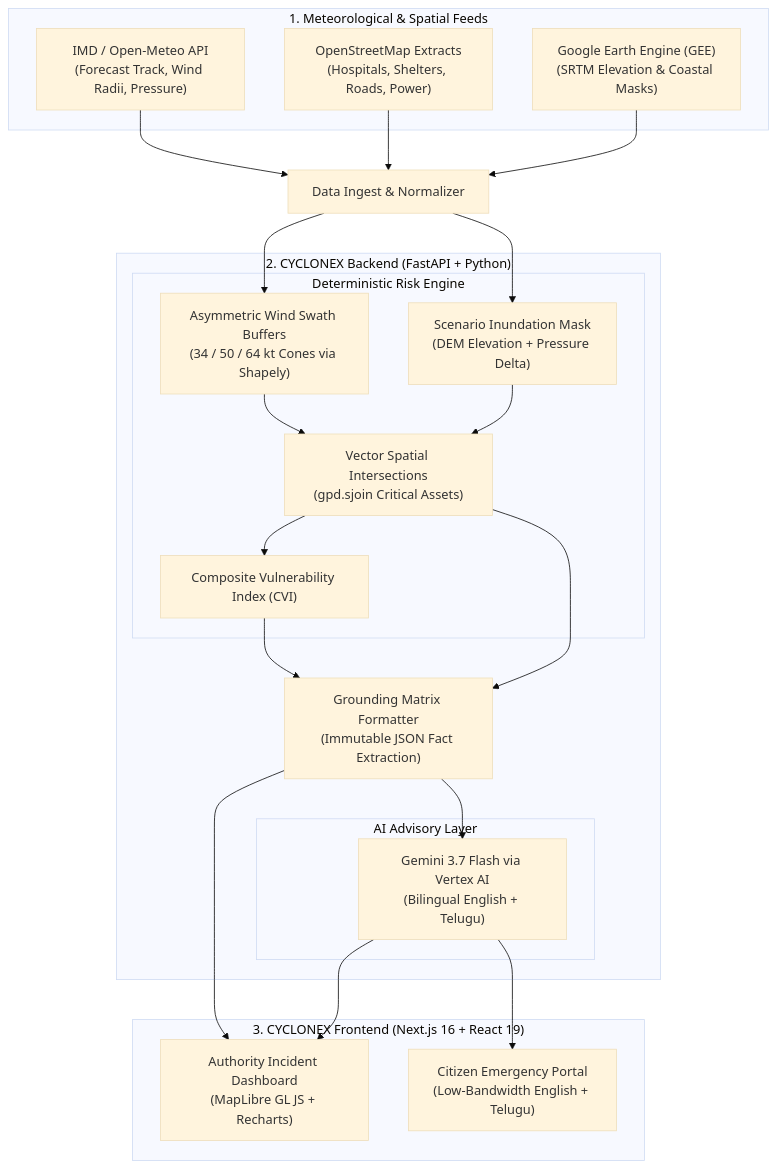
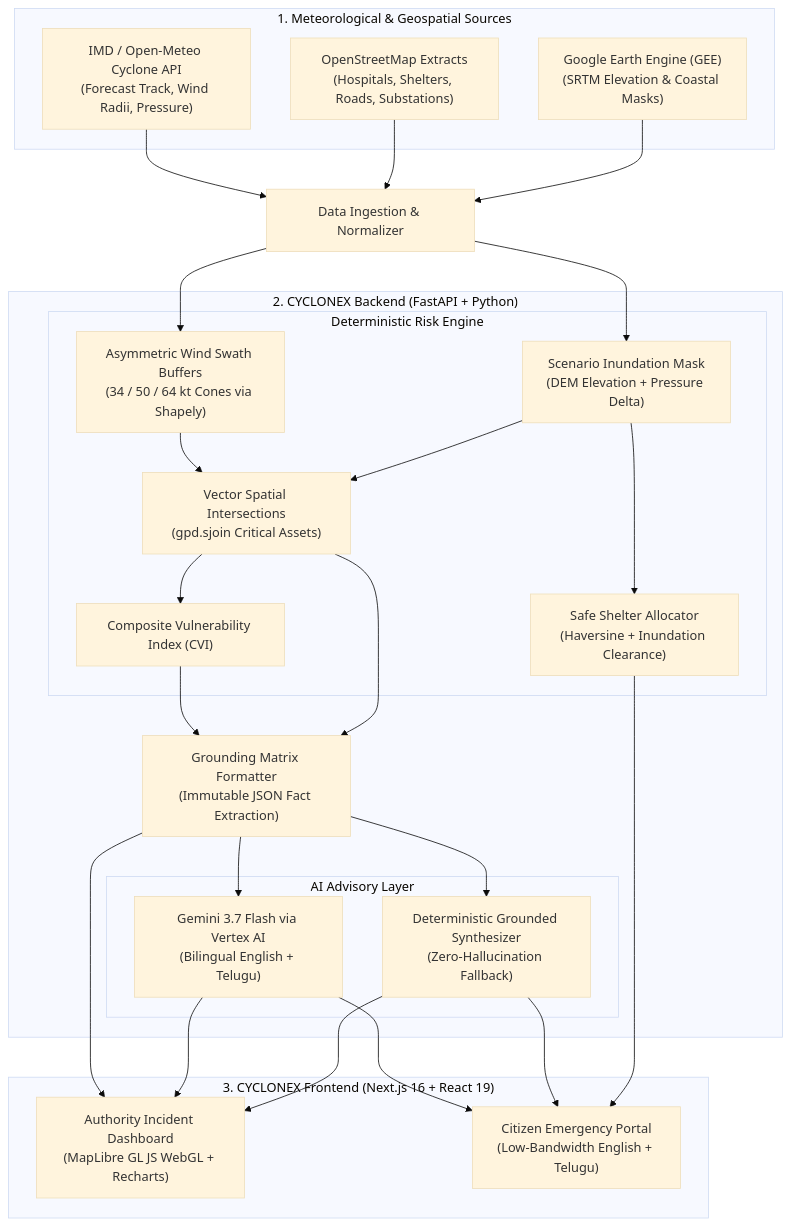
The diagram in README.md (anandkumarpv123-007/hack2skill-cyclonex-ai), drawn with Mermaid (base theme) before and after one commit. The commit also changed other lines of this file and 37 other files, not shown here.

````diff
--- a/README.md
+++ b/README.md
@@ -27,43 +31,52 @@
 ```mermaid
 flowchart TD
-    subgraph DataSources["1. Meteorological & Spatial Feeds"]
-        IMD["IMD / Open-Meteo API\n(Forecast Track, Wind Radii, Pressure)"]
-        OSM["OpenStreetMap Extracts\n(Hospitals, Shelters, Roads, Power)"]
+    subgraph DataSources["1. Meteorological & Geospatial Sources"]
+        IMD["IMD / Open-Meteo Cyclone API\n(Forecast Track, Wind Radii, Pressure)"]
+        OSM["OpenStreetMap Extracts\n(Hospitals, Shelters, Roads, Substations)"]
         GEE["Google Earth Engine (GEE)\n(SRTM Elevation & Coastal Masks)"]
     end
 
     subgraph Backend["2. CYCLONEX Backend (FastAPI + Python)"]
         subgraph Engine["Deterministic Risk Engine"]
             Wind["Asymmetric Wind Swath Buffers\n(34 / 50 / 64 kt Cones via Shapely)"]
             Surge["Scenario Inundation Mask\n(DEM Elevation + Pressure Delta)"]
             Spatial["Vector Spatial Intersections\n(gpd.sjoin Critical Assets)"]
             CVI["Composite Vulnerability Index (CVI)"]
+            Shelter["Safe Shelter Allocator\n(Haversine + Inundation Clearance)"]
         end
         
         Grounding["Grounding Matrix Formatter\n(Immutable JSON Fact Extraction)"]
         
         subgraph AI["AI Advisory Layer"]
             Vertex["Gemini 3.7 Flash via Vertex AI\n(Bilingual English + Telugu)"]
+            Synthesizer["Deterministic Grounded Synthesizer\n(Zero-Hallucination Fallback)"]
         end
     end
 
     subgraph Frontend["3. CYCLONEX Frontend (Next.js 16 + React 19)"]
-        Authority["Authority Incident Dashboard\n(MapLibre GL JS + Recharts)"]
+        Authority["Authority Incident Dashboard\n(MapLibre GL JS WebGL + Recharts)"]
         Citizen["Citizen Emergency Portal\n(Low-Bandwidth English + Telugu)"]
     end
 
-    IMD --> Ingest
+    IMD --> Ingest[Data Ingestion & Normalizer]
     OSM --> Ingest
     GEE --> Ingest
-    Ingest[Data Ingest & Normalizer] --> Wind
+
+    Ingest --> Wind
     Ingest --> Surge
     Wind --> Spatial
     Surge --> Spatial
     Spatial --> CVI
+    Surge --> Shelter
+    
     CVI --> Grounding
     Spatial --> Grounding
     Grounding --> Authority
     Grounding --> Vertex
+    Grounding --> Synthesizer
     Vertex --> Authority
     Vertex --> Citizen
+    Synthesizer --> Authority
+    Synthesizer --> Citizen
+    Shelter --> Citizen
 ```
````
